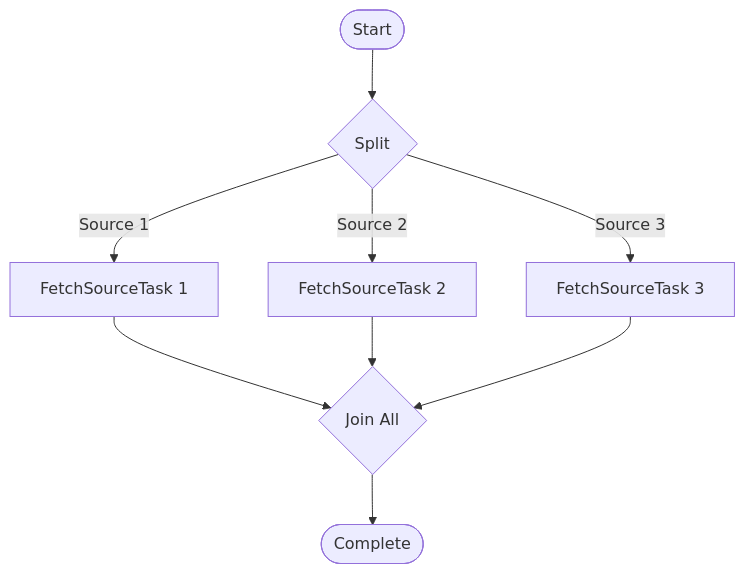
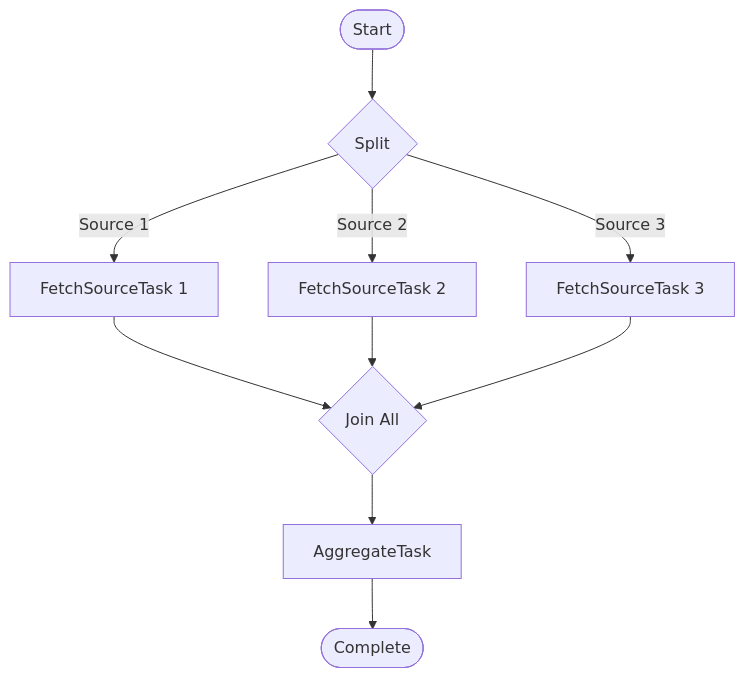
Before and after one commit to nassor/cano: the diagram in README.md, drawn with Mermaid. The commit also changed other lines of this file, not shown here.

````diff
--- a/README.md
+++ b/README.md
@@ -49,11 +49,12 @@
 ```mermaid
 graph TD
     Start([Start]) --> Split{Split}
     Split -->|Source 1| T1[FetchSourceTask 1]
     Split -->|Source 2| T2[FetchSourceTask 2]
     Split -->|Source 3| T3[FetchSourceTask 3]
     T1 --> Join{Join All}
     T2 --> Join
     T3 --> Join
-    Join --> Complete([Complete])
+    Join --> Aggregate[AggregateTask]
+    Aggregate --> Complete([Complete])
 ```
````
